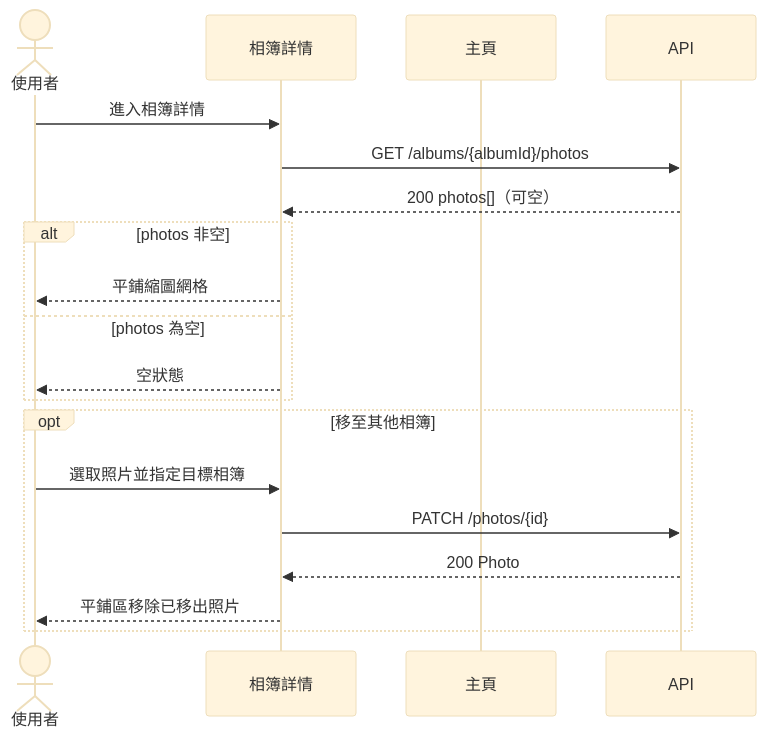
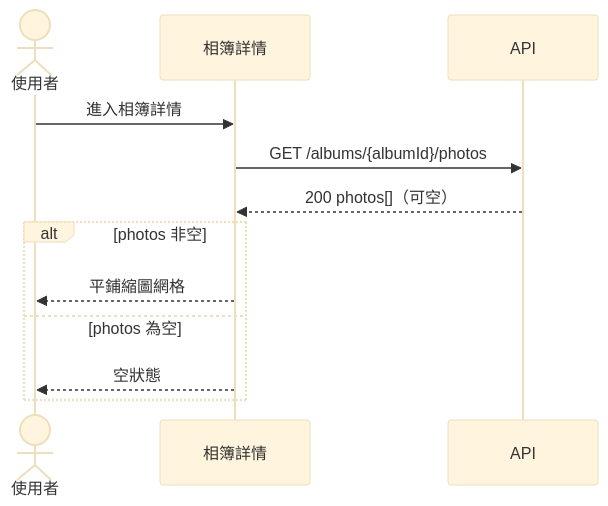
The fourth of 9 diagrams in specs/001-photo-albums/system-analyze/ui-plan.md (Waterball-Limited-Company/Jochu-lv1-training-course), drawn with Mermaid (base theme) before and after one commit. The commit also changed other lines of this file and 84 other files, not shown here.

````diff
--- a/specs/001-photo-albums/system-analyze/ui-plan.md
+++ b/specs/001-photo-albums/system-analyze/ui-plan.md
@@ -95,23 +116,15 @@
 ```mermaid
 sequenceDiagram
     actor U as 使用者
     participant Album as 相簿詳情
-    participant Home as 主頁
     participant API as API
 
     U->>Album: 進入相簿詳情
     Album->>API: GET /albums/{albumId}/photos
     API-->>Album: 200 photos[]（可空）
     alt photos 非空
         Album-->>U: 平鋪縮圖網格
     else photos 為空
         Album-->>U: 空狀態
     end
-
-    opt 移至其他相簿
-        U->>Album: 選取照片並指定目標相簿
-        Album->>API: PATCH /photos/{id}
-        API-->>Album: 200 Photo
-        Album-->>U: 平鋪區移除已移出照片
-    end
 ```
````
